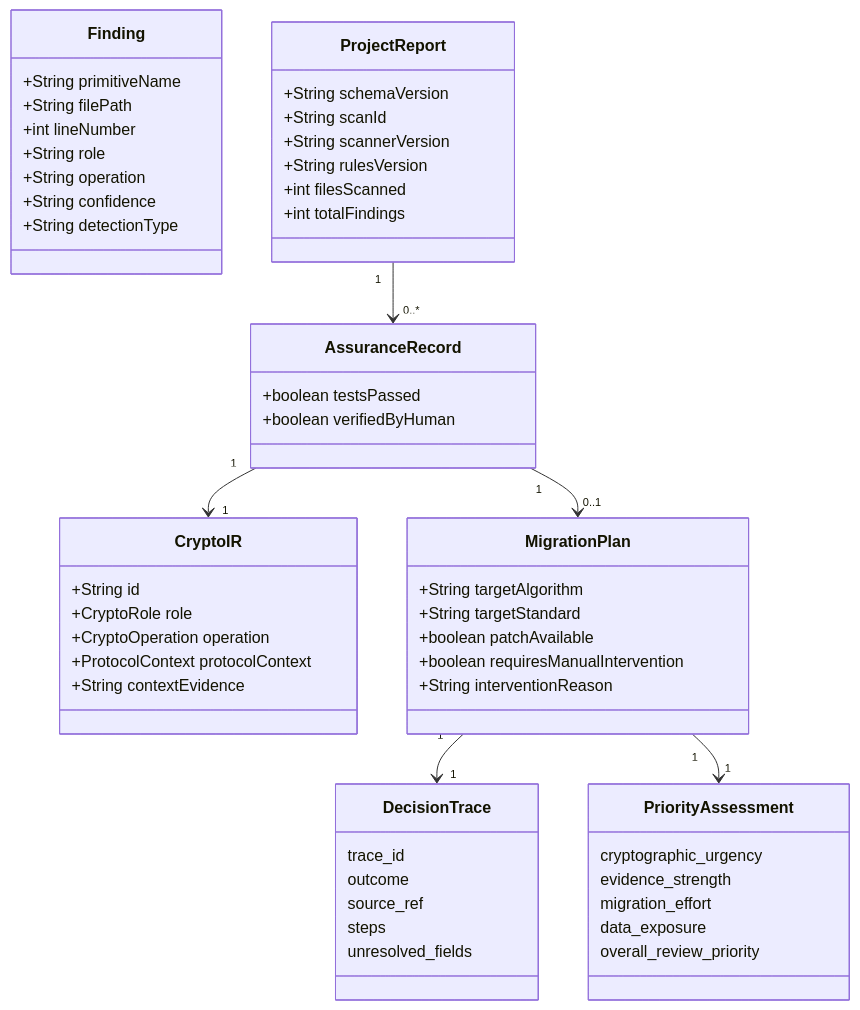
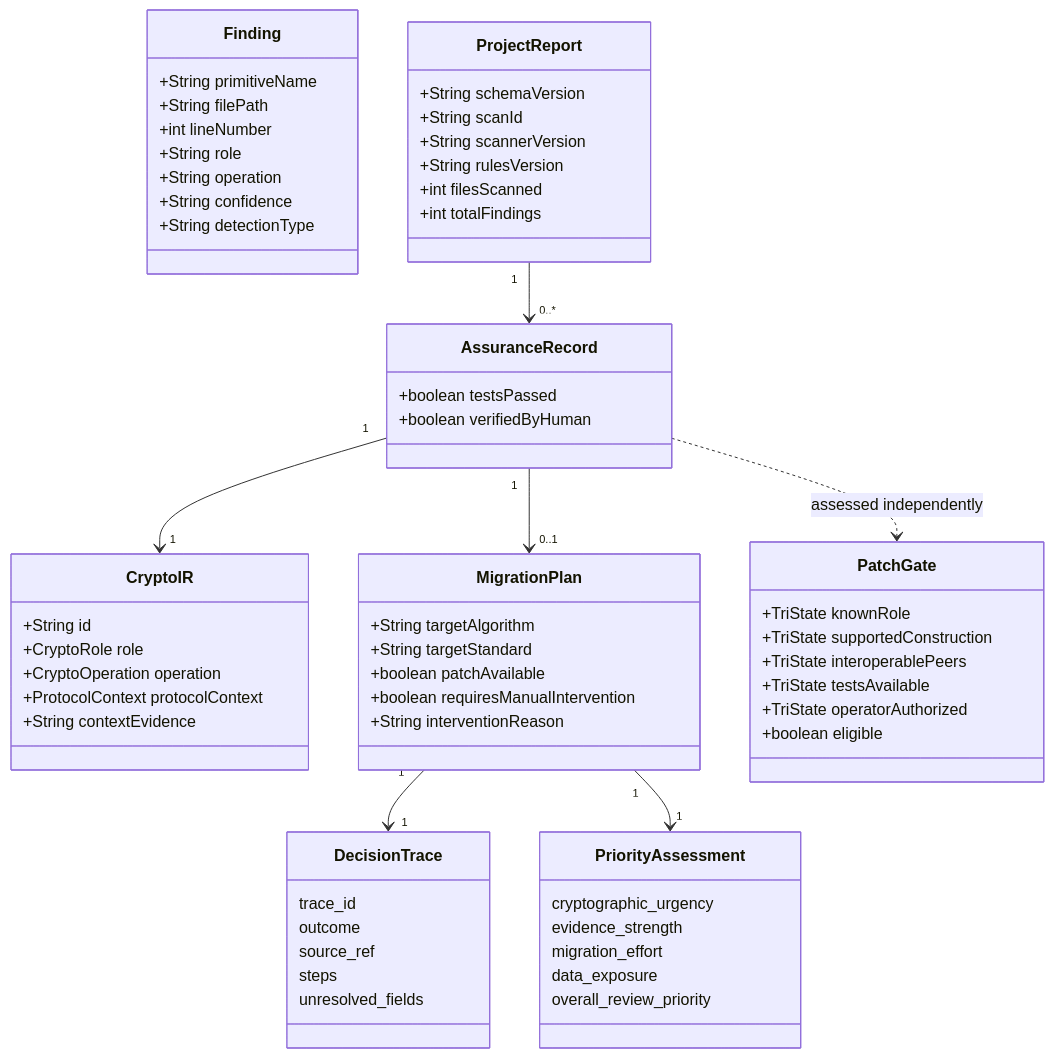
The first of 5 diagrams in docs/review/system-diagrams.md (Ratneshp1122/PQMigrate), drawn with Mermaid before and after one commit. The commit also changed other lines of this file and 14 other files, not shown here.

````diff
--- a/docs/review/system-diagrams.md
+++ b/docs/review/system-diagrams.md
@@ -7,57 +7,66 @@
 ```mermaid
 classDiagram
     class Finding {
       +String primitiveName
       +String filePath
       +int lineNumber
       +String role
       +String operation
       +String confidence
       +String detectionType
     }
     class CryptoIR {
       +String id
       +CryptoRole role
       +CryptoOperation operation
       +ProtocolContext protocolContext
       +String contextEvidence
     }
     class MigrationPlan {
       +String targetAlgorithm
       +String targetStandard
       +boolean patchAvailable
       +boolean requiresManualIntervention
       +String interventionReason
     }
     class DecisionTrace {
       trace_id
       outcome
       source_ref
       steps
       unresolved_fields
     }
     class PriorityAssessment {
       cryptographic_urgency
       evidence_strength
       migration_effort
       data_exposure
       overall_review_priority
     }
     class AssuranceRecord {
       +boolean testsPassed
       +boolean verifiedByHuman
     }
     class ProjectReport {
       +String schemaVersion
       +String scanId
       +String scannerVersion
       +String rulesVersion
       +int filesScanned
       +int totalFindings
     }
+    class PatchGate {
+      +TriState knownRole
+      +TriState supportedConstruction
+      +TriState interoperablePeers
+      +TriState testsAvailable
+      +TriState operatorAuthorized
+      +boolean eligible
+    }
     ProjectReport "1" --> "0..*" AssuranceRecord
     AssuranceRecord "1" --> "1" CryptoIR
     AssuranceRecord "1" --> "0..1" MigrationPlan
     MigrationPlan "1" --> "1" DecisionTrace
     MigrationPlan "1" --> "1" PriorityAssessment
+    AssuranceRecord ..> PatchGate : assessed independently
 ```
````
